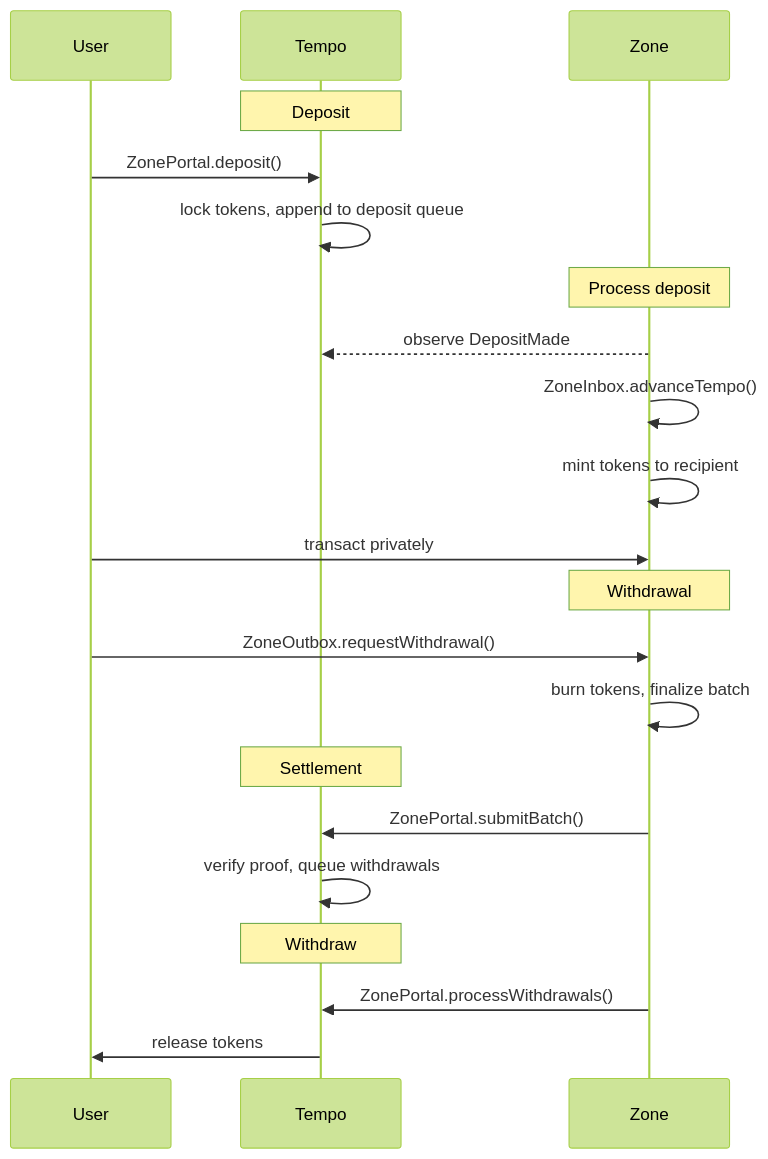
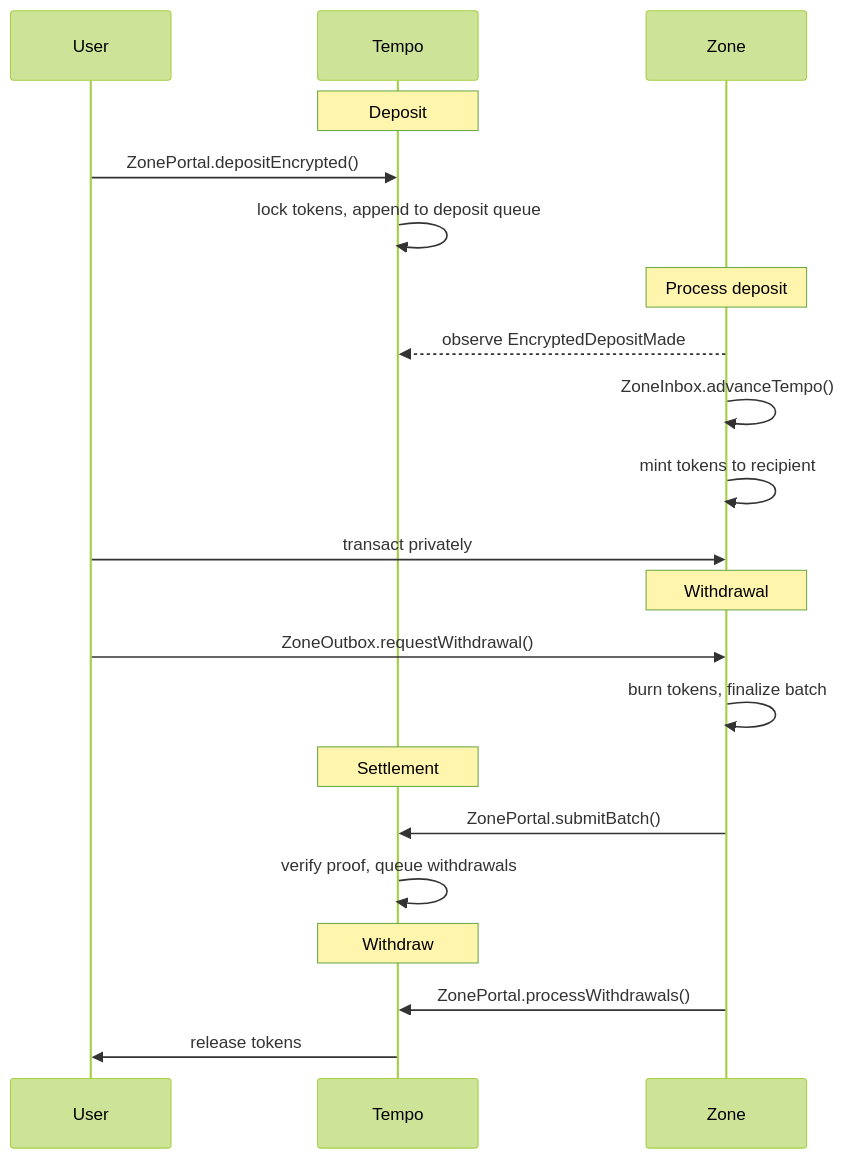
One commit to tempoxyz/zones changed the first of 5 diagrams in specs/spec.md. Above: the diagram before and after it, drawn with Mermaid (forest theme). The commit also changed other lines of this file and 9 other files, not shown here.

````diff
--- a/specs/spec.md
+++ b/specs/spec.md
@@ -138,29 +137,29 @@
 ```mermaid
 sequenceDiagram
     participant U as User
     participant T as Tempo
     participant Z as Zone
 
     Note over T: Deposit
-    U->>T: ZonePortal.deposit()
+    U->>T: ZonePortal.depositEncrypted()
     T->>T: lock tokens, append to deposit queue
 
     Note over Z: Process deposit
-    Z-->>T: observe DepositMade
+    Z-->>T: observe EncryptedDepositMade
     Z->>Z: ZoneInbox.advanceTempo()
     Z->>Z: mint tokens to recipient
 
     U->>Z: transact privately
 
     Note over Z: Withdrawal
     U->>Z: ZoneOutbox.requestWithdrawal()
     Z->>Z: burn tokens, finalize batch
 
     Note over T: Settlement
     Z->>T: ZonePortal.submitBatch()
     T->>T: verify proof, queue withdrawals
 
     Note over T: Withdraw
     Z->>T: ZonePortal.processWithdrawals()
     T->>U: release tokens
 ```
````
